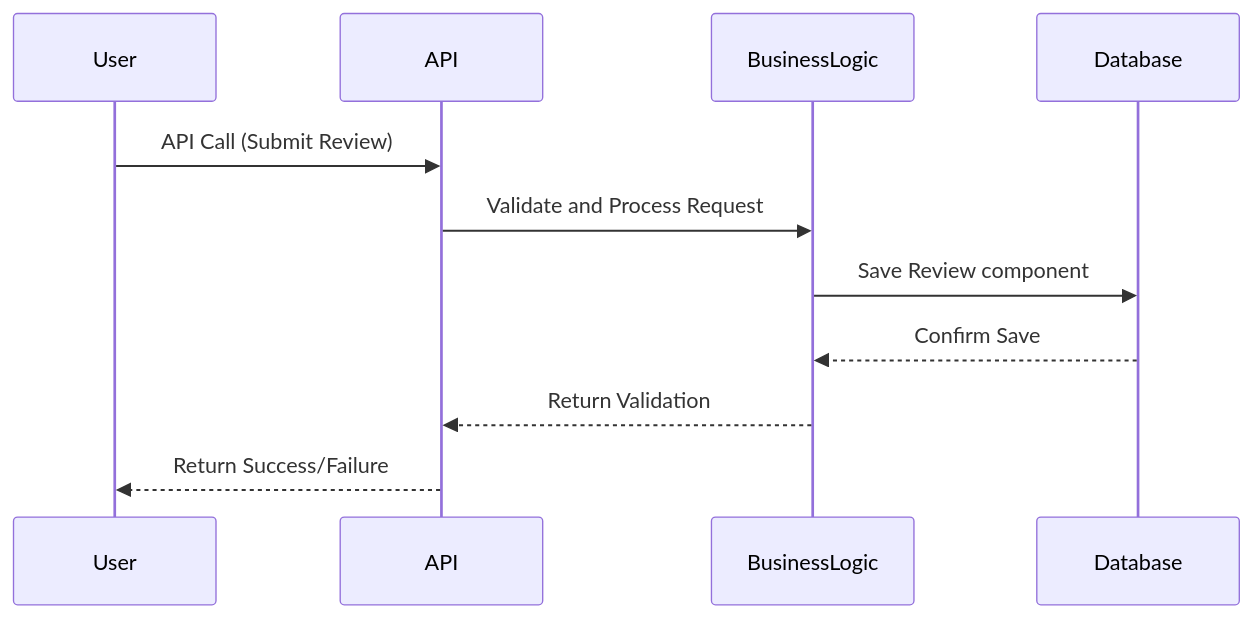
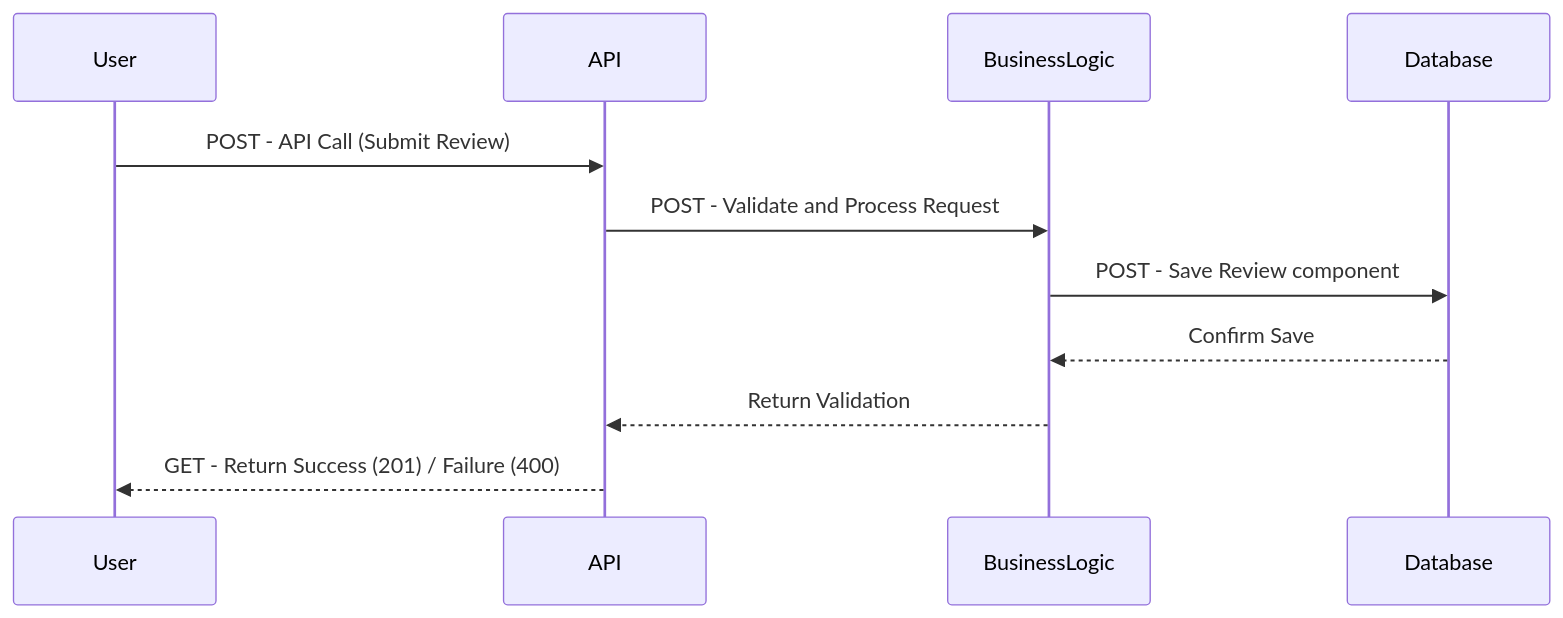
One commit to PrmDem/holbertonschool-hbnb changed the diagram in part1/review_sub.md. Above: the diagram before and after it, drawn with Mermaid. The commit also changed 3 other files, not shown here.

````diff
--- a/part1/review_sub.md
+++ b/part1/review_sub.md
@@ -1,14 +1,14 @@
 ```mermaid
 sequenceDiagram
 participant User
 participant API
 participant BusinessLogic
 participant Database
 
-User->>API: API Call (Submit Review)
-API->>BusinessLogic: Validate and Process Request
-BusinessLogic->>Database: Save Review component
+User->>API: POST - API Call (Submit Review)
+API->>BusinessLogic: POST - Validate and Process Request
+BusinessLogic->>Database: POST - Save Review component
 Database-->>BusinessLogic: Confirm Save
 BusinessLogic-->>API: Return Validation
-API-->>User: Return Success/Failure
+API-->>User: GET - Return Success (201) / Failure (400)
 ```
````
